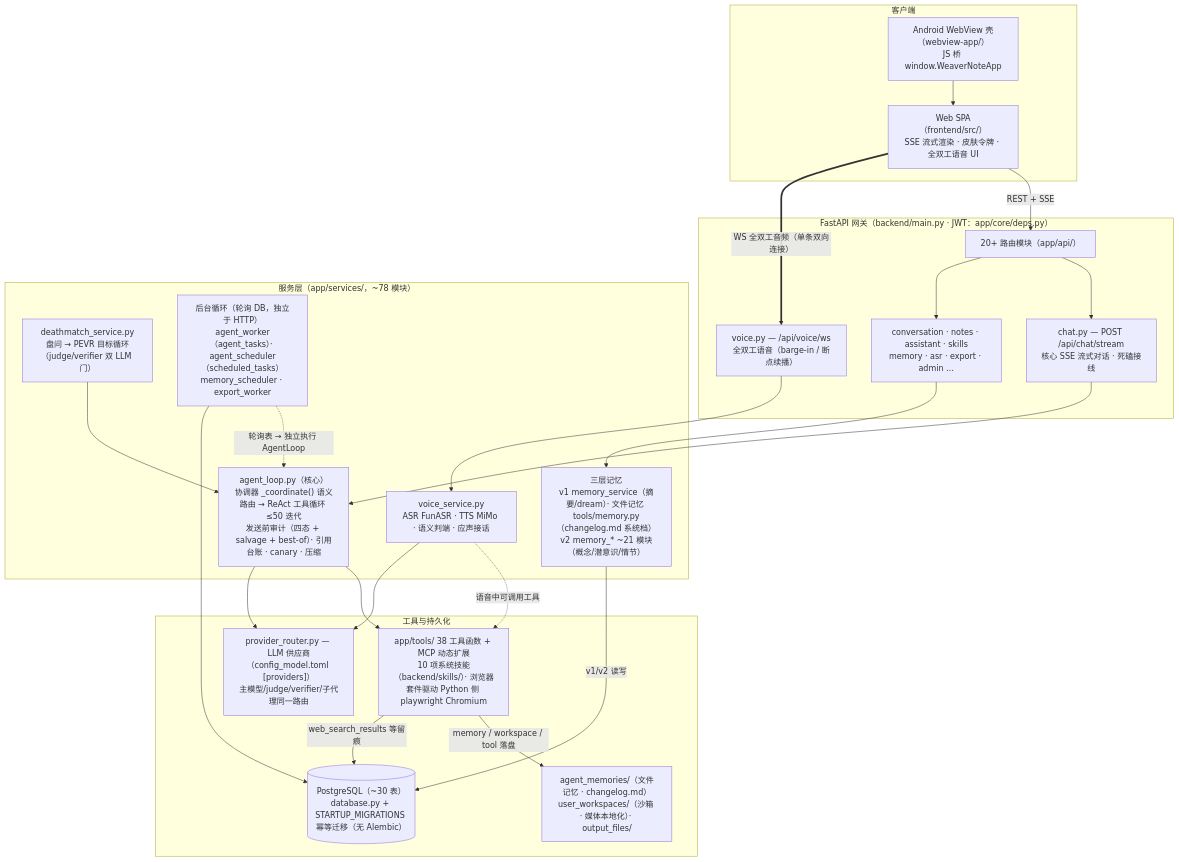
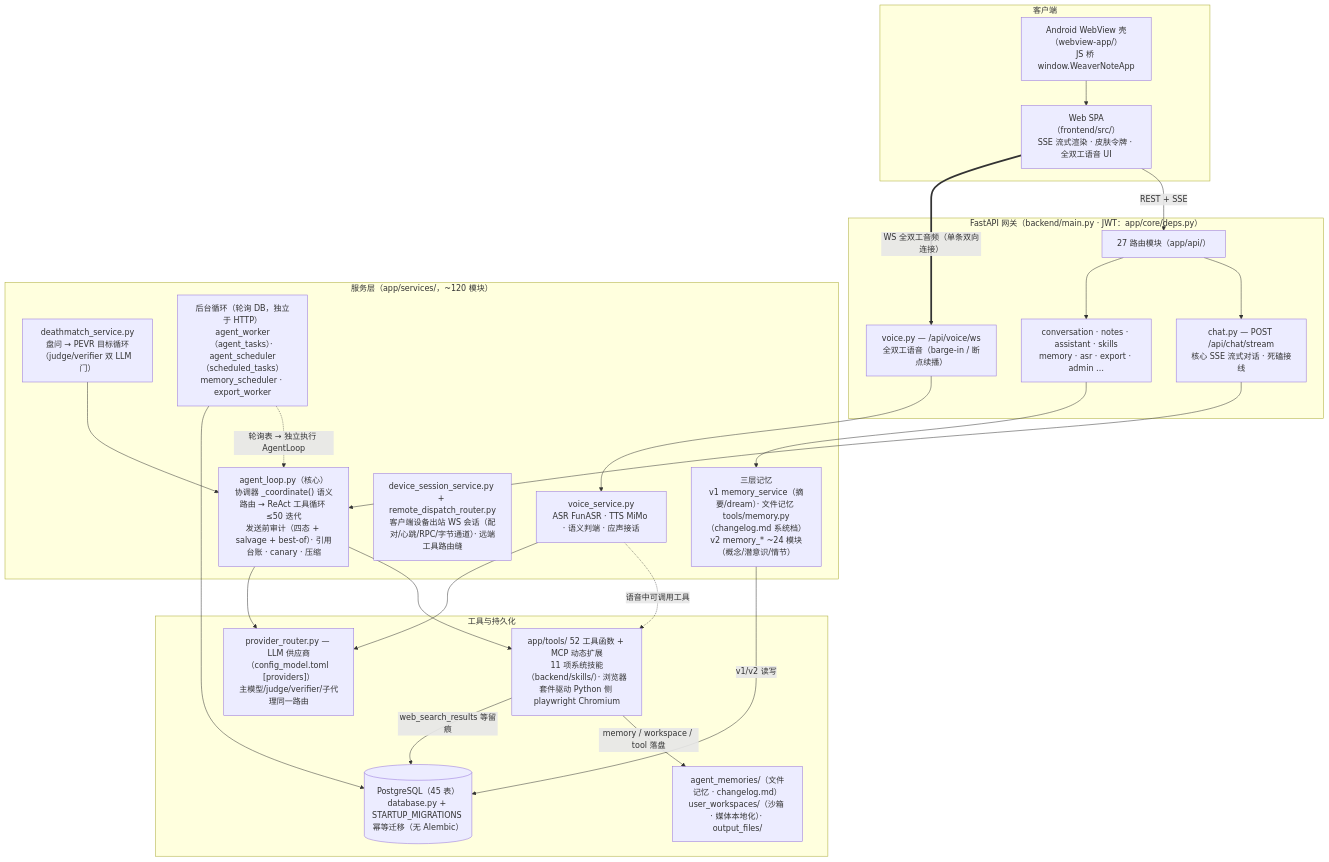
Before and after one commit to logandoo/weave-thinker: the first of 2 diagrams in docs/ARCHITECTURE.md, drawn with Mermaid. The commit also changed other lines of this file and 92 other files, not shown here.

````diff
--- a/docs/ARCHITECTURE.md
+++ b/docs/ARCHITECTURE.md
@@ -39,43 +39,44 @@
 ```mermaid
 flowchart TD
     subgraph C["客户端"]
         WEB["Web SPA（frontend/src/）<br/>SSE 流式渲染 · 皮肤令牌 · 全双工语音 UI"]
         AND["Android WebView 壳（webview-app/）<br/>JS 桥 window.WeaverNoteApp"]
     end
     subgraph G["FastAPI 网关（backend/main.py · JWT：app/core/deps.py）"]
-        GW["20+ 路由模块（app/api/）"]
+        GW["27 路由模块（app/api/）"]
         CHAT["chat.py — POST /api/chat/stream<br/>核心 SSE 流式对话 · 死磕接线"]
         VOICE["voice.py — /api/voice/ws<br/>全双工语音（barge-in / 断点续播）"]
         REST["conversation · notes · assistant · skills<br/>memory · asr · export · admin …"]
     end
-    subgraph S["服务层（app/services/，~78 模块）"]
+    subgraph S["服务层（app/services/，~120 模块）"]
         LOOP["agent_loop.py（核心）<br/>协调器 _coordinate() 语义路由 → ReAct 工具循环 ≤50 迭代<br/>发送前审计（四态 + salvage + best-of）· 引用台账 · canary · 压缩"]
         DM["deathmatch_service.py<br/>盘问 → PEVR 目标循环（judge/verifier 双 LLM 门）"]
         VS["voice_service.py<br/>ASR FunASR · TTS MiMo · 语义判端 · 应声接话"]
-        MEM["三层记忆<br/>v1 memory_service（摘要/dream）· 文件记忆 tools/memory.py（changelog.md 系统档）<br/>v2 memory_* ~21 模块（概念/潜意识/情节）"]
+        DEV["device_session_service.py + remote_dispatch_router.py<br/>客户端设备出站 WS 会话（配对/心跳/RPC/字节通道）· 远端工具路由缝"]
+        MEM["三层记忆<br/>v1 memory_service（摘要/dream）· 文件记忆 tools/memory.py（changelog.md 系统档）<br/>v2 memory_* ~24 模块（概念/潜意识/情节）"]
         BK["后台循环（轮询 DB，独立于 HTTP）<br/>agent_worker（agent_tasks）· agent_scheduler（scheduled_tasks）<br/>memory_scheduler · export_worker"]
     end
     subgraph P["工具与持久化"]
-        TL["app/tools/ 38 工具函数 + MCP 动态扩展<br/>10 项系统技能（backend/skills/）· 浏览器套件驱动 Python 侧 playwright Chromium"]
+        TL["app/tools/ 52 工具函数 + MCP 动态扩展<br/>11 项系统技能（backend/skills/）· 浏览器套件驱动 Python 侧 playwright Chromium"]
         LLM["provider_router.py — LLM 供应商（config_model.toml [providers]）<br/>主模型/judge/verifier/子代理同一路由"]
-        DB[("PostgreSQL（~30 表）<br/>database.py + STARTUP_MIGRATIONS 幂等迁移（无 Alembic）")]
+        DB[("PostgreSQL（45 表）<br/>database.py + STARTUP_MIGRATIONS 幂等迁移（无 Alembic）")]
         FS["agent_memories/（文件记忆 · changelog.md）<br/>user_workspaces/（沙箱 · 媒体本地化）· output_files/"]
     end
     AND --> WEB
     WEB -- "REST + SSE" --> GW
     WEB == "WS 全双工音频（单条双向连接）" ==> VOICE
     GW --> CHAT & REST
     CHAT --> LOOP
     DM --> LOOP
     REST --> MEM
     VOICE --> VS
     VS -. "语音中可调用工具" .-> TL
     LOOP --> TL
     LOOP --> LLM
     VS --> LLM
     MEM -- "v1/v2 读写" --> DB
     BK -. "轮询表 → 独立执行 AgentLoop" .-> LOOP
     BK --> DB
     TL -- "memory / workspace / tool 落盘" --> FS
     TL -- "web_search_results 等留痕" --> DB
 ```
````
